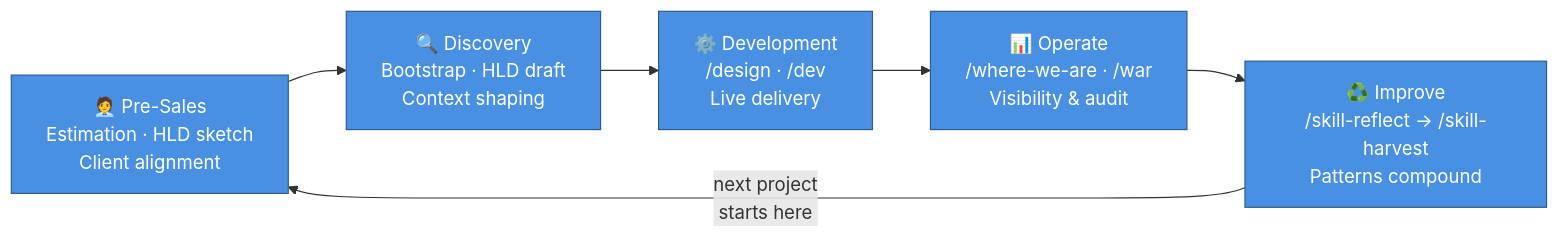
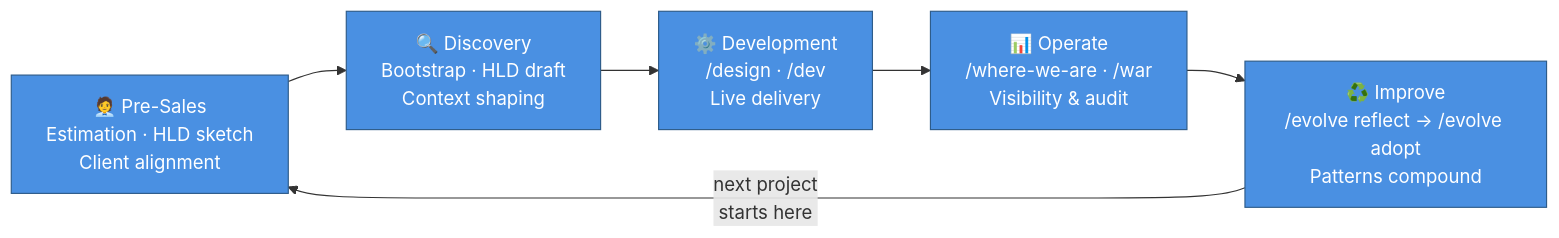
Before and after one commit to DataArt/artisyn-implementation-harness: the diagram in docs/Harness/04 Adoption/00 Adoption Path.md, drawn with Mermaid. The commit also changed other lines of this file and 143 other files, not shown here.

````diff
--- a/docs/Harness/04 Adoption/00 Adoption Path.md
+++ b/docs/Harness/04 Adoption/00 Adoption Path.md
@@ -5,13 +5,13 @@
 ```mermaid
 flowchart LR
     SA["🧑‍💼 Pre-Sales\nEstimation · HLD sketch\nClient alignment"]:::phase
     D["🔍 Discovery\nBootstrap · HLD draft\nContext shaping"]:::phase
     DEV["⚙️ Development\n/design · /dev\nLive delivery"]:::phase
     OPS["📊 Operate\n/where-we-are · /war\nVisibility & audit"]:::phase
-    IMPROVE["♻️ Improve\n/skill-reflect → /skill-harvest\nPatterns compound"]:::phase
+    IMPROVE["♻️ Improve\n/evolve reflect → /evolve adopt\nPatterns compound"]:::phase
 
     SA --> D --> DEV --> OPS --> IMPROVE
     IMPROVE -->|"next project\nstarts here"| SA
 
     classDef phase fill:#4A90E2,stroke:#2E5C8A,color:#fff
 ```
````
